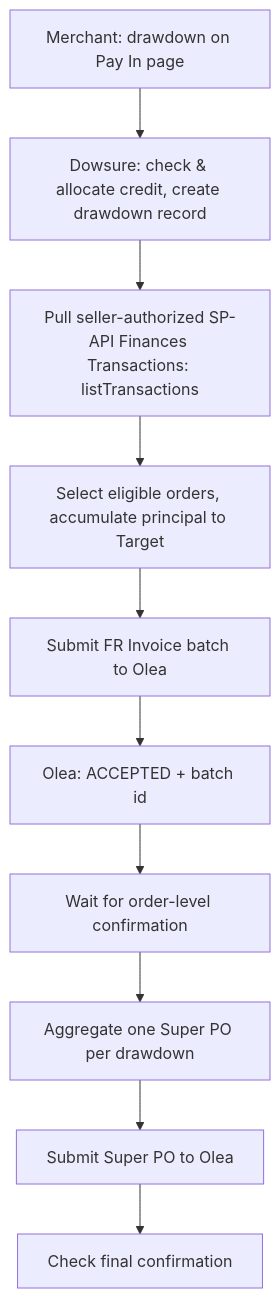
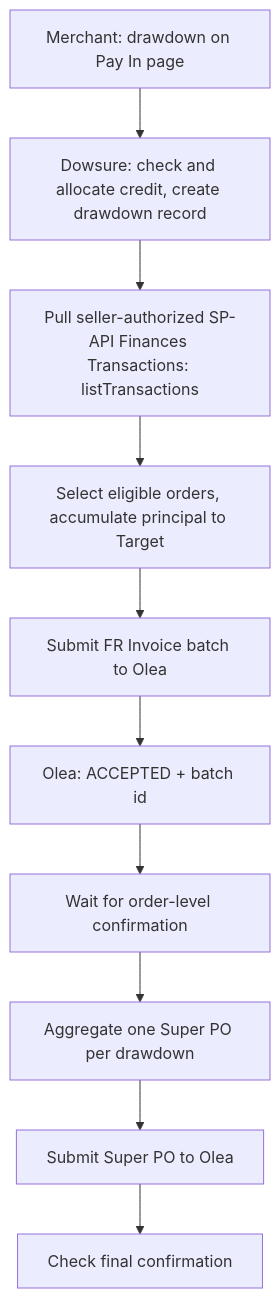
One commit to scvolea/olea-dowsure-oracle changed the second of 5 diagrams in docs/FLOWS.md. Above: the diagram before and after it, drawn with Mermaid. The commit also changed other lines of this file and 4 other files, not shown here.

````diff
--- a/docs/FLOWS.md
+++ b/docs/FLOWS.md
@@ -113,12 +113,12 @@
 ```mermaid
 flowchart TD
-    D1[Merchant: drawdown on Pay In page] --> D2[Dowsure: check & allocate credit, create drawdown record]
-    D2 --> D3[Pull seller-authorized SP-API Finances Transactions: listTransactions]
-    D3 --> D4[Select eligible orders, accumulate principal to Target]
-    D4 --> D5[Submit FR Invoice batch to Olea]
-    D5 --> D6[Olea: ACCEPTED + batch id]
-    D6 --> D7[Wait for order-level confirmation]
-    D7 --> D8[Aggregate one Super PO per drawdown]
-    D8 --> D9[Submit Super PO to Olea]
-    D9 --> D10[Check final confirmation]
+    D1["Merchant: drawdown on Pay In page"] --> D2["Dowsure: check and allocate credit, create drawdown record"]
+    D2 --> D3["Pull seller-authorized SP-API Finances Transactions: listTransactions"]
+    D3 --> D4["Select eligible orders, accumulate principal to Target"]
+    D4 --> D5["Submit FR Invoice batch to Olea"]
+    D5 --> D6["Olea: ACCEPTED + batch id"]
+    D6 --> D7["Wait for order-level confirmation"]
+    D7 --> D8["Aggregate one Super PO per drawdown"]
+    D8 --> D9["Submit Super PO to Olea"]
+    D9 --> D10["Check final confirmation"]
 ```
````
